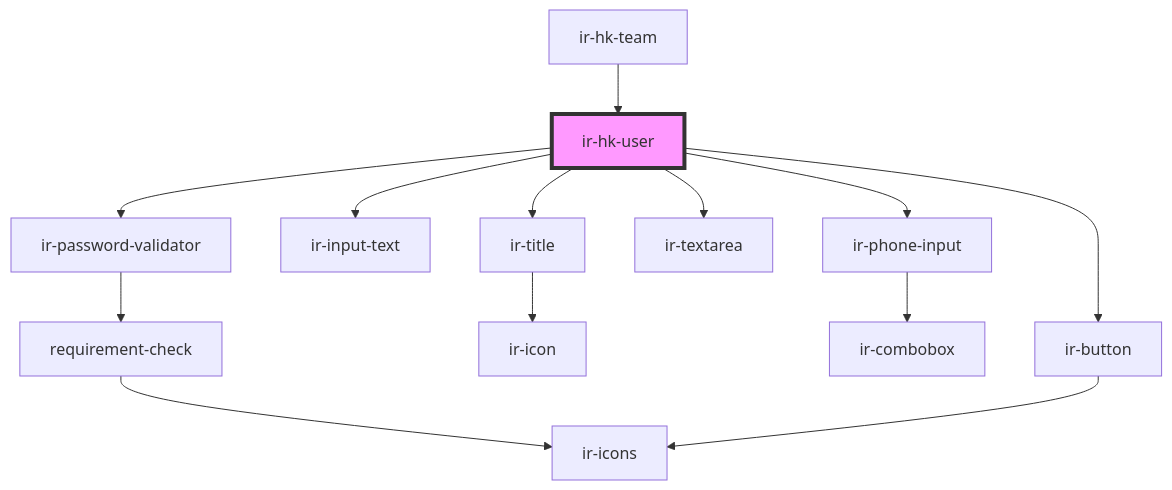
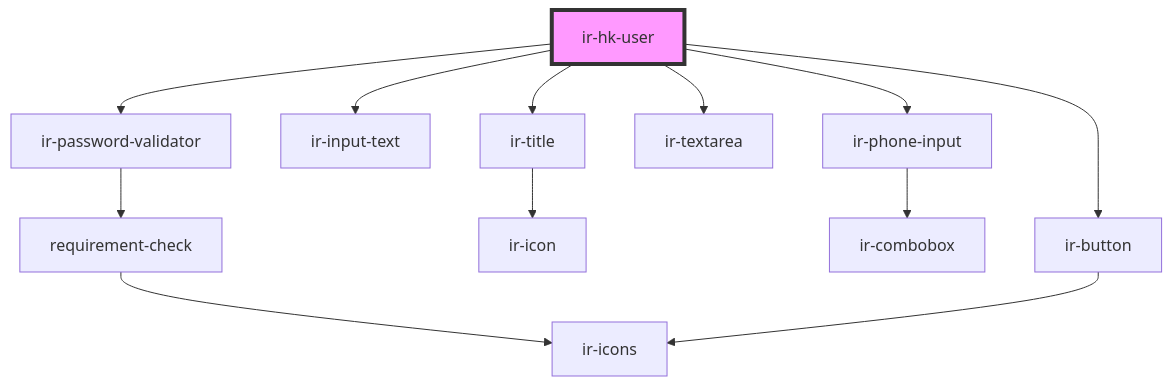
Before and after one commit to RonyRizk/ir-webcmp: the diagram in src/components/ir-housekeeping/ir-hk-user/readme.md, drawn with Mermaid. The commit also changed other lines of this file and 54 other files, not shown here.

````diff
--- a/src/components/ir-housekeeping/ir-hk-user/readme.md
+++ b/src/components/ir-housekeeping/ir-hk-user/readme.md
@@ -40,16 +36,15 @@
 ```mermaid
 graph TD;
   ir-hk-user --> ir-title
   ir-hk-user --> ir-input-text
   ir-hk-user --> ir-phone-input
   ir-hk-user --> ir-textarea
   ir-hk-user --> ir-password-validator
   ir-hk-user --> ir-button
   ir-title --> ir-icon
   ir-phone-input --> ir-combobox
   ir-password-validator --> requirement-check
   requirement-check --> ir-icons
   ir-button --> ir-icons
-  ir-hk-team --> ir-hk-user
   style ir-hk-user fill:#f9f,stroke:#333,stroke-width:4px
 ```
````
